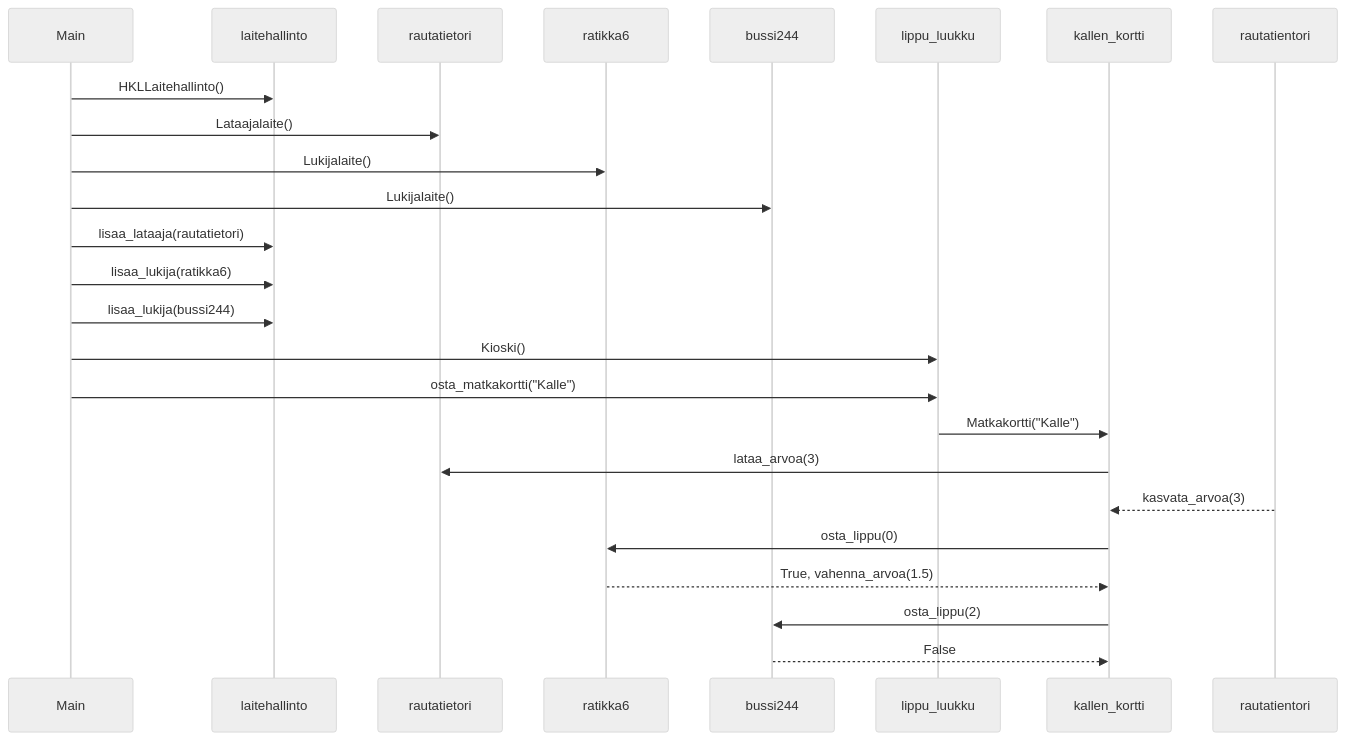
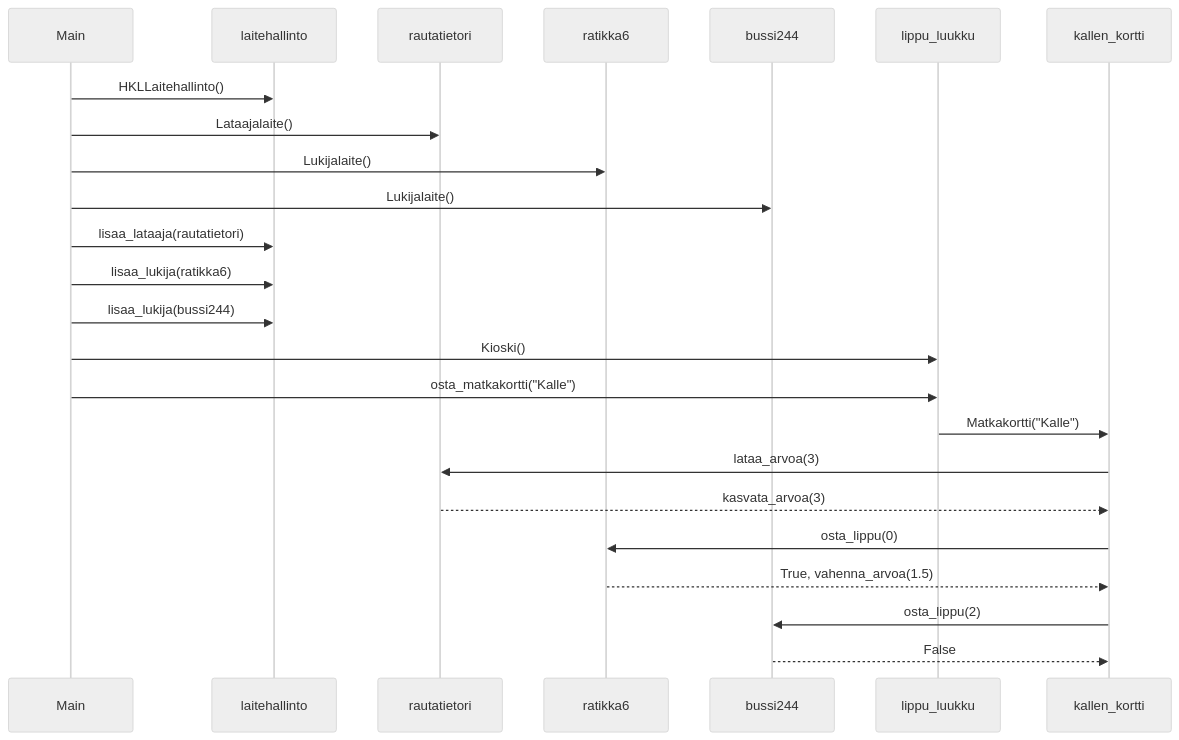
The diagram in laskarit/viikko3/HSL-sekvenssikaavio.md (MatiasS717/Sportstracker), drawn with Mermaid (neutral theme) before and after one commit.

Commit message:
Updated HSL

````diff
--- a/laskarit/viikko3/HSL-sekvenssikaavio.md
+++ b/laskarit/viikko3/HSL-sekvenssikaavio.md
@@ -3,26 +3,26 @@
 ```mermaid
 sequenceDiagram
   participant Main
   participant laitehallinto
   participant rautatietori
   participant ratikka6
   participant bussi244
   participant lippu_luukku
   participant kallen_kortti
   Main->>laitehallinto: HKLLaitehallinto()
   Main->>rautatietori: Lataajalaite()
   Main->>ratikka6: Lukijalaite()
   Main->>bussi244: Lukijalaite()
   Main->>laitehallinto: lisaa_lataaja(rautatietori)
   Main->>laitehallinto: lisaa_lukija(ratikka6)
   Main->>laitehallinto: lisaa_lukija(bussi244)
   Main->>lippu_luukku: Kioski()
   Main->>lippu_luukku: osta_matkakortti("Kalle")
   lippu_luukku->>kallen_kortti: Matkakortti("Kalle")
   kallen_kortti->>rautatietori: lataa_arvoa(3)
-  rautatientori-->>kallen_kortti: kasvata_arvoa(3)
+  rautatietori-->>kallen_kortti: kasvata_arvoa(3)
   kallen_kortti->>ratikka6: osta_lippu(0)
   ratikka6-->>kallen_kortti: True, vahenna_arvoa(1.5)
   kallen_kortti->>bussi244: osta_lippu(2)
   bussi244-->>kallen_kortti: False
 ```
````
